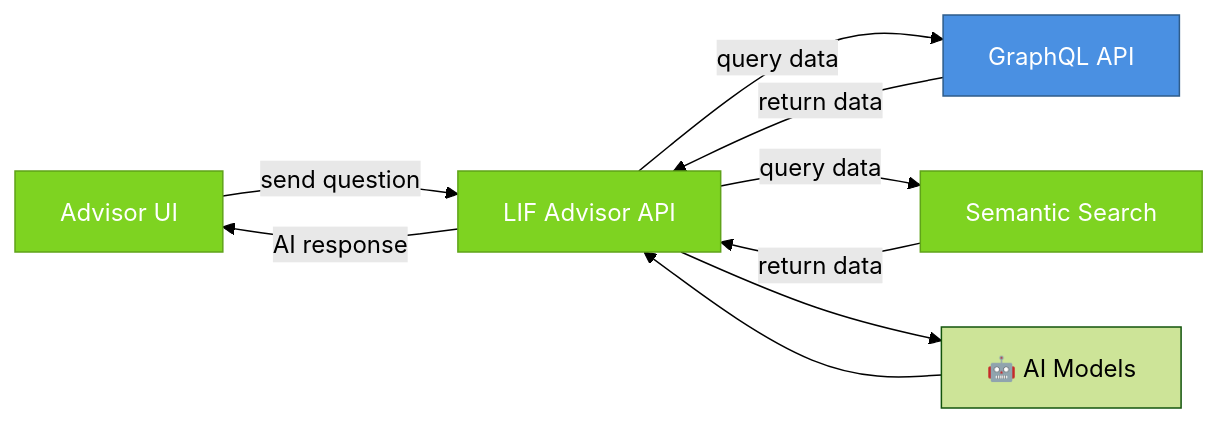
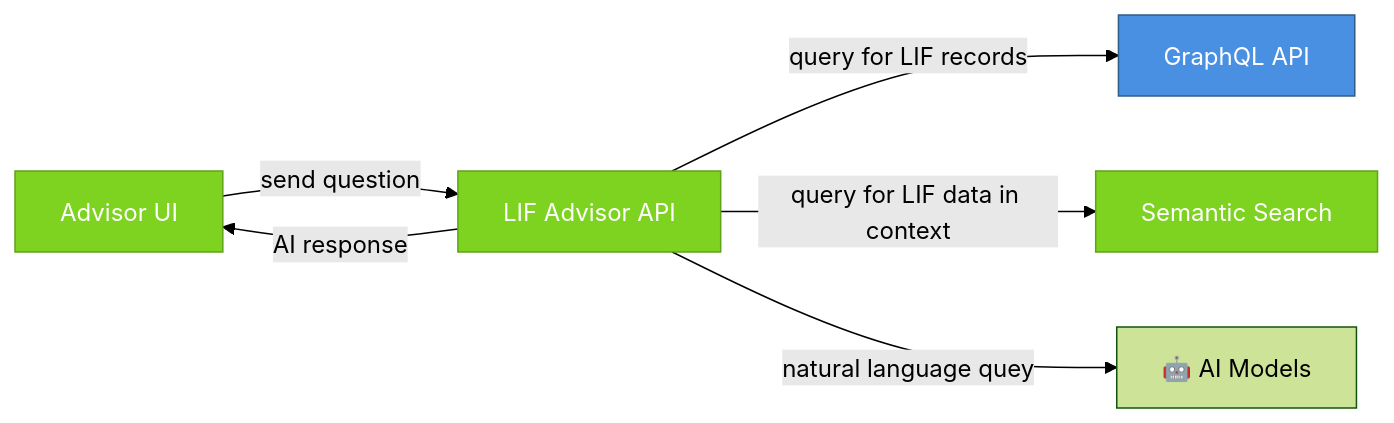
Before and after one commit to LIF-Initiative/lif-core: the seventh of 16 diagrams in docs/lif_services_overview.md, drawn with Mermaid (forest theme). The commit also changed other lines of this file, not shown here.

Commit message:
docs: update more diagrams

````diff
--- a/docs/lif_services_overview.md
+++ b/docs/lif_services_overview.md
@@ -300,23 +297,20 @@
 ```mermaid
 graph LR
     AdvisorUI[Advisor UI]
     Advisor[LIF Advisor API]
     GQL[GraphQL API]
     MCP[Semantic Search]
     AIModels[🤖 AI Models]
     
     AdvisorUI -->|send question| Advisor
     Advisor -->|AI response| AdvisorUI
-    Advisor -->|query data| GQL
-    GQL -->|return data| Advisor
-    Advisor -->|query data| MCP
-    MCP -->|return data| Advisor
-    AIModels --> Advisor
-    Advisor --> AIModels
+    Advisor -->|query for LIF records| GQL
+    Advisor -->|query for LIF data in context| MCP
+    Advisor -->|natural language quey| AIModels
     
     classDef intelStyle fill:#7ED321,stroke:#5FA319,color:#fff
     classDef coreStyle fill:#4A90E2,stroke:#2E5C8A,color:#fff
     
     class Advisor,AdvisorUI,MCP intelStyle
     class GQL coreStyle
 ```
````
